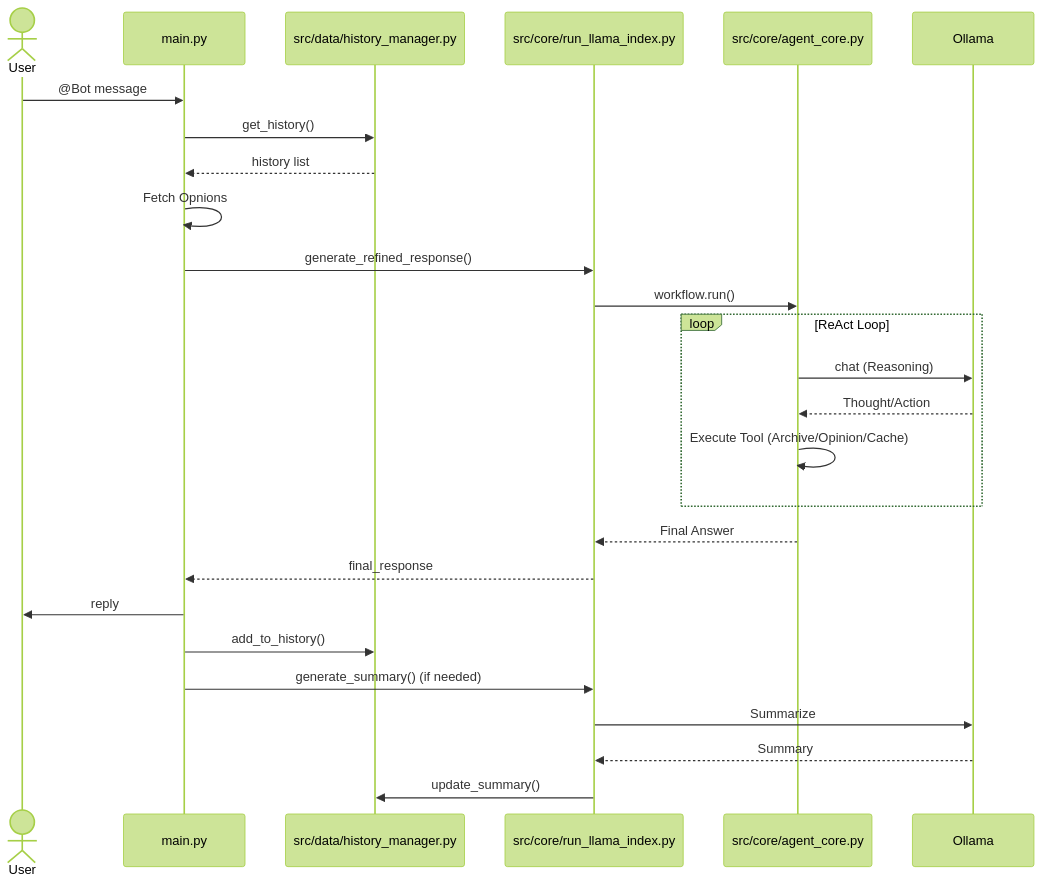
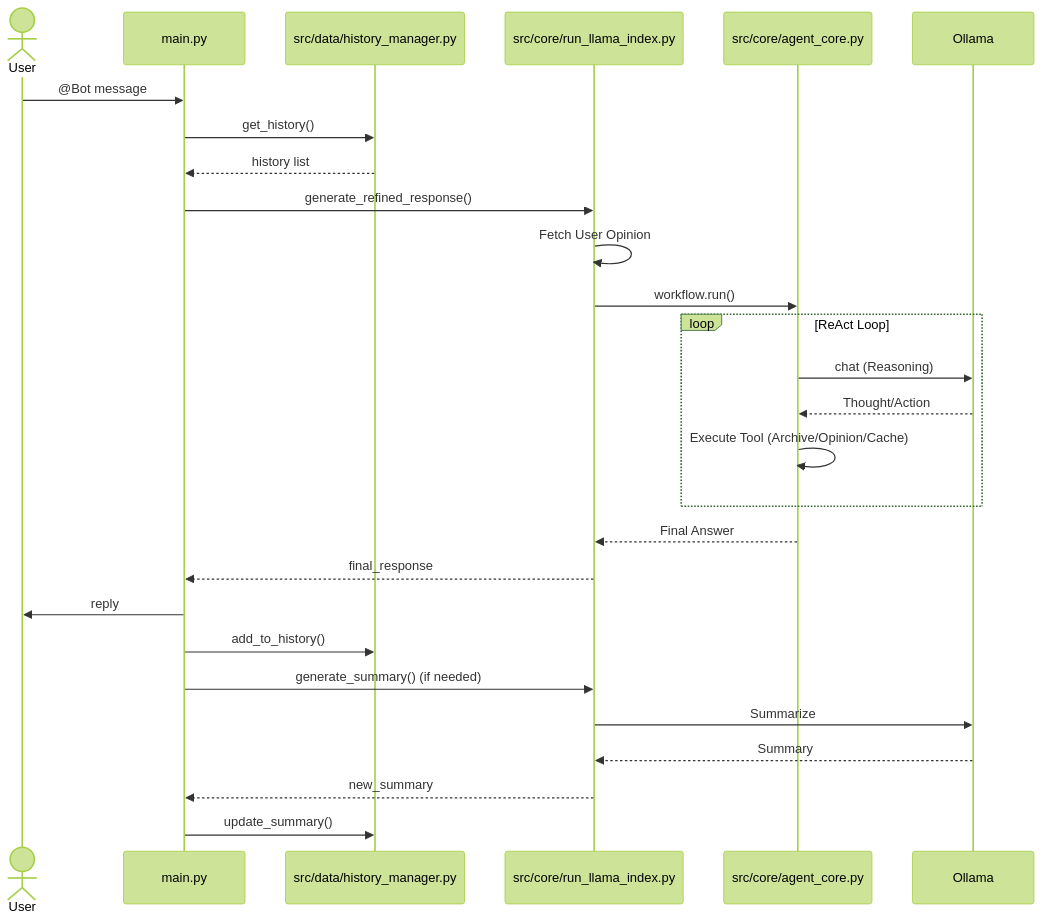
The second of 2 diagrams in architecture.md (vp-1591/discord-assistant), drawn with Mermaid (forest theme) before and after one commit. The commit also changed other lines of this file and 1 other file, not shown here.

Commit message:
docs: fix mistakes and inconsistencies

````diff
--- a/architecture.md
+++ b/architecture.md
@@ -109,33 +109,34 @@
 ```mermaid
 sequenceDiagram
     actor User
-    participant Main as main.py
+    participant Interface as main.py
     participant Hist as src/data/history_manager.py
-    participant RAG as src/core/run_llama_index.py
+    participant Core as src/core/run_llama_index.py
     participant Agent as src/core/agent_core.py
     participant Ollama
 
-    User->>Main: @Bot message
-    Main->>Hist: get_history()
-    Hist-->>Main: history list
-    Main->>Main: Fetch Opnions
+    User->>Interface: @Bot message
+    Interface->>Hist: get_history()
+    Hist-->>Interface: history list
     
-    Main->>RAG: generate_refined_response()
-    RAG->>Agent: workflow.run()
+    Interface->>Core: generate_refined_response()
+    Core->>Core: Fetch User Opinion
+    Core->>Agent: workflow.run()
     
     loop ReAct Loop
         Agent->>Ollama: chat (Reasoning)
         Ollama-->>Agent: Thought/Action
         Agent->>Agent: Execute Tool (Archive/Opinion/Cache)
     end
     
-    Agent-->>RAG: Final Answer
-    RAG-->>Main: final_response
-    Main->>User: reply
+    Agent-->>Core: Final Answer
+    Core-->>Interface: final_response
+    Interface->>User: reply
     
-    Main->>Hist: add_to_history()
-    Main->>RAG: generate_summary() (if needed)
-    RAG->>Ollama: Summarize
-    Ollama-->>RAG: Summary
-    RAG->>Hist: update_summary()
+    Interface->>Hist: add_to_history()
+    Interface->>Core: generate_summary() (if needed)
+    Core->>Ollama: Summarize
+    Ollama-->>Core: Summary
+    Core-->>Interface: new_summary
+    Interface->>Hist: update_summary()
 ```
````
